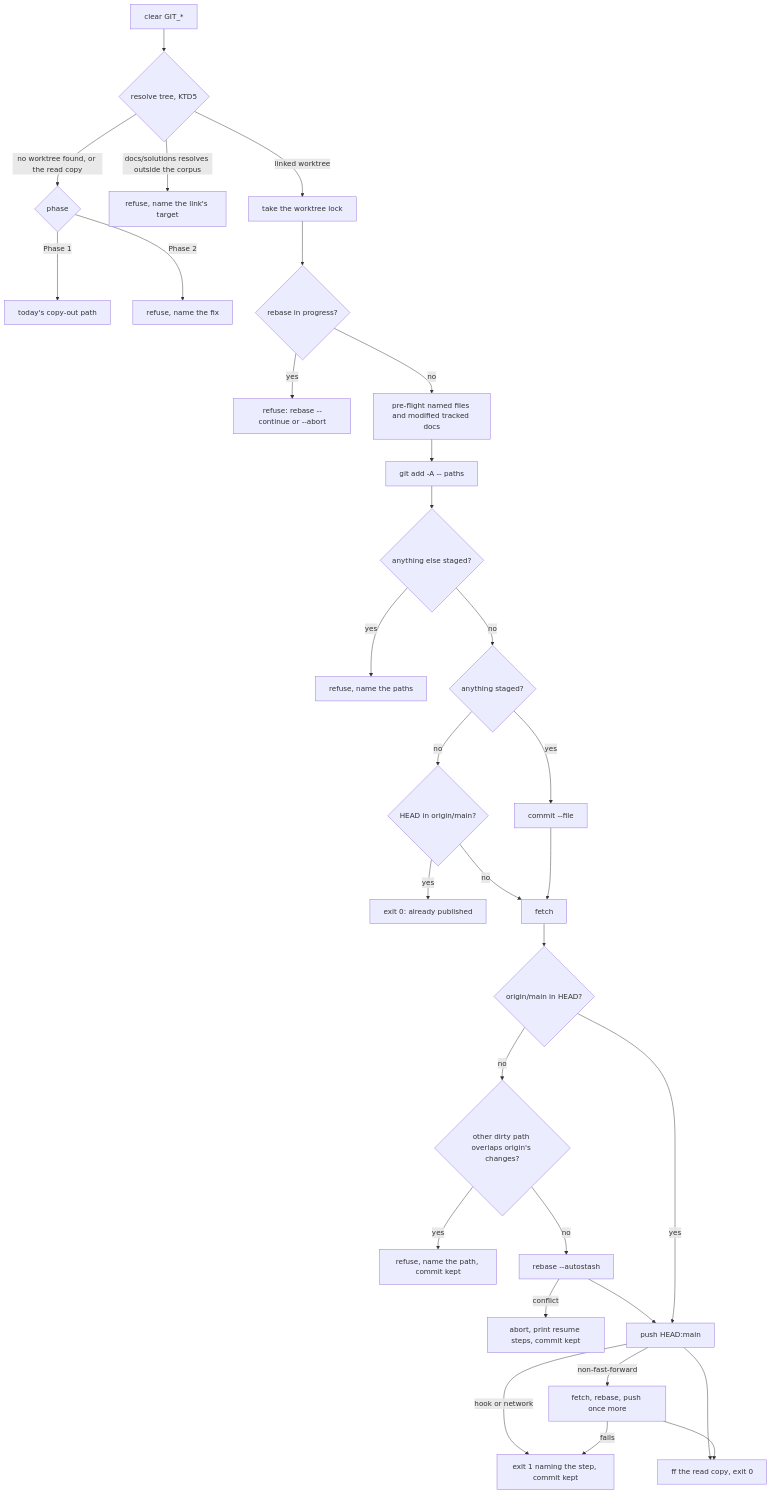
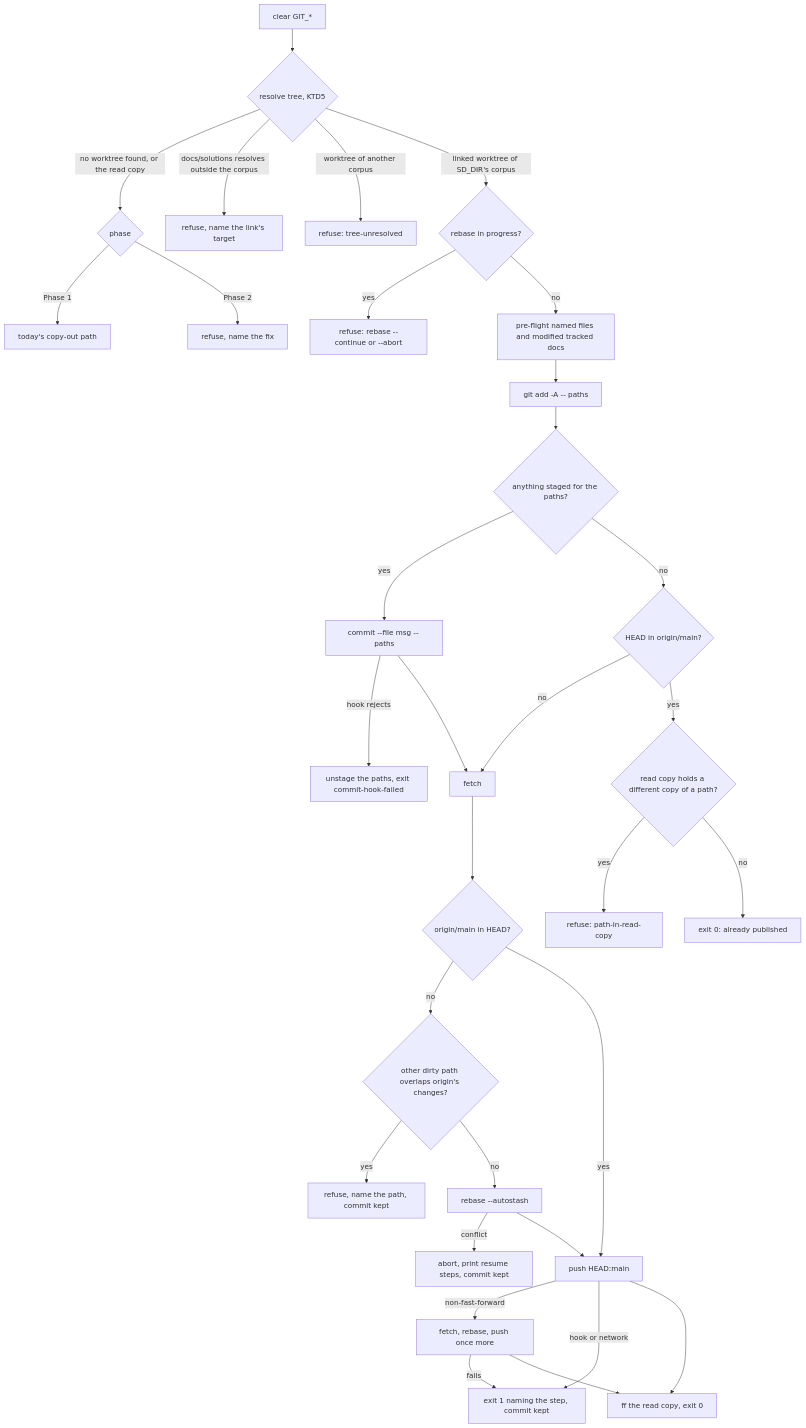
The third of 3 diagrams in docs/plans/2026-10-30-2040-feat-solutions-per-writer-worktrees-plan.md (brettdavies/dotfiles), drawn with Mermaid before and after one commit. The commit also changed other lines of this file, not shown here.

First line of the commit message:
docs(plans): apply the document review to the solutions worktree plan

````diff
--- a/docs/plans/2026-10-30-2040-feat-solutions-per-writer-worktrees-plan.md
+++ b/docs/plans/2026-10-30-2040-feat-solutions-per-writer-worktrees-plan.md
@@ -328,33 +364,34 @@
 ```mermaid
 flowchart TB
   S[clear GIT_*] --> T{resolve tree, KTD5}
   T -->|no worktree found, or the read copy| P1{phase}
   P1 -->|Phase 1| C[today's copy-out path]
   P1 -->|Phase 2| X[refuse, name the fix]
   T -->|docs/solutions resolves outside the corpus| E[refuse, name the link's target]
-  T -->|linked worktree| LK[take the worktree lock]
-  LK --> RB{rebase in progress?}
+  T -->|worktree of another corpus| E5[refuse: tree-unresolved]
+  T -->|linked worktree of SD_DIR's corpus| RB{rebase in progress?}
   RB -->|yes| E1[refuse: rebase --continue or --abort]
   RB -->|no| V[pre-flight named files and modified tracked docs]
   V --> G[git add -A -- paths]
-  G --> H{anything else staged?}
-  H -->|yes| E2[refuse, name the paths]
-  H -->|no| K{anything staged?}
-  K -->|yes| M[commit --file]
+  G --> K{anything staged for the paths?}
+  K -->|yes| M[commit --file msg -- paths]
+  M -->|hook rejects| UN[unstage the paths, exit commit-hook-failed]
   K -->|no| N{HEAD in origin/main?}
-  N -->|yes| D0[exit 0: already published]
   N -->|no| F
+  N -->|yes| RC{read copy holds a different copy of a path?}
+  RC -->|yes| E6[refuse: path-in-read-copy]
+  RC -->|no| D0[exit 0: already published]
   M --> F[fetch]
   F --> B{origin/main in HEAD?}
   B -->|no| OV{other dirty path overlaps origin's changes?}
   OV -->|yes| E3[refuse, name the path, commit kept]
   OV -->|no| RE[rebase --autostash]
   RE -->|conflict| AB[abort, print resume steps, commit kept]
   RE --> PU
   B -->|yes| PU[push HEAD:main]
   PU -->|non-fast-forward| RT[fetch, rebase, push once more]
   PU -->|hook or network| E4[exit 1 naming the step, commit kept]
   RT -->|fails| E4
   PU --> FF[ff the read copy, exit 0]
   RT --> FF
 ```
````
